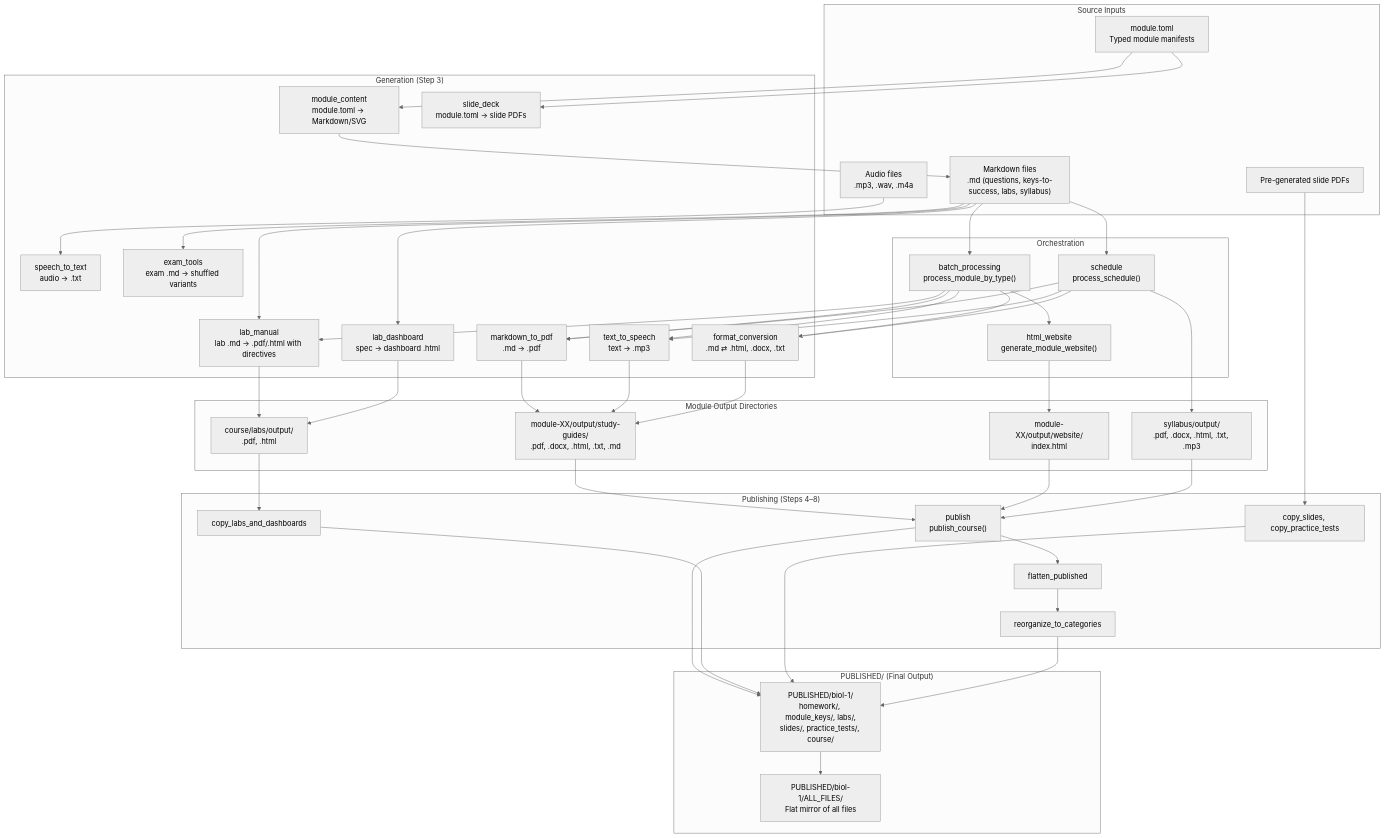
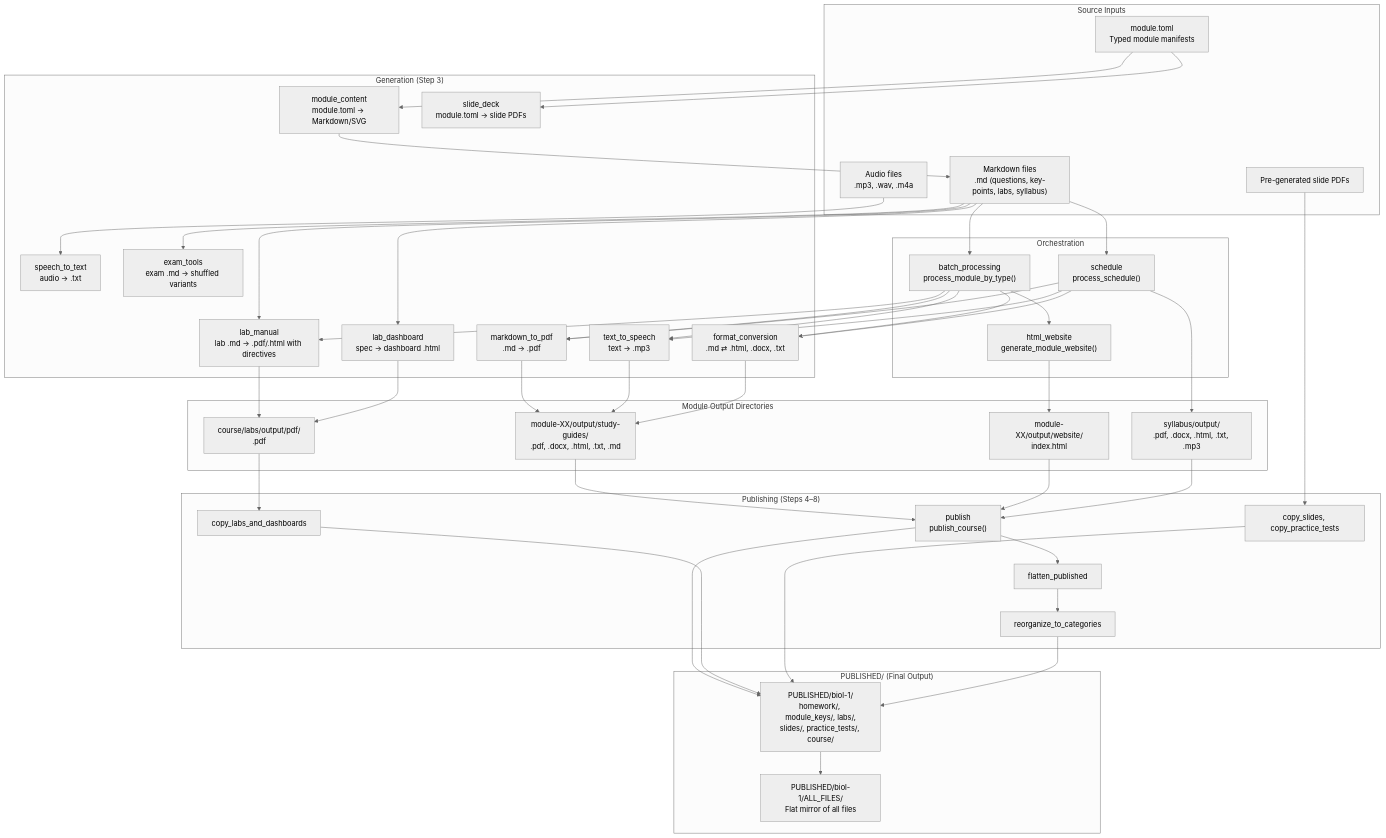
The first of 5 diagrams in software/docs/architecture/DATA_FLOW.md (docxology/biol-1), drawn with Mermaid (neutral theme) before and after one commit. The commit also changed other lines of this file and 864 other files, not shown here.

````diff
--- a/software/docs/architecture/DATA_FLOW.md
+++ b/software/docs/architecture/DATA_FLOW.md
@@ -13,7 +13,7 @@
 ```mermaid
 flowchart TD
     subgraph sources["Source Inputs"]
-        MD["Markdown files<br/>.md (questions, keys-to-success, labs, syllabus)"]
+        MD["Markdown files<br/>.md (questions, key-points, labs, syllabus)"]
         TOML["module.toml<br/>Typed module manifests"]
         AUDIO["Audio files<br/>.mp3, .wav, .m4a"]
         SLIDES["Pre-generated slide PDFs"]
@@ -40,7 +40,7 @@
     subgraph moduleOutputs["Module Output Directories"]
         STUDY["module-XX/output/study-guides/<br/>.pdf, .docx, .html, .txt, .md"]
         WEB["module-XX/output/website/<br/>index.html"]
-        LABOUT["course/labs/output/<br/>.pdf, .html"]
+        LABOUT["course/labs/output/pdf/<br/>.pdf"]
         SYLLOUT["syllabus/output/<br/>.pdf, .docx, .html, .txt, .mp3"]
     end
 
````
